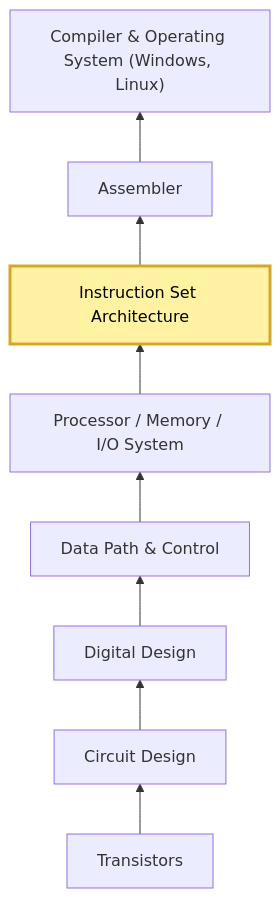
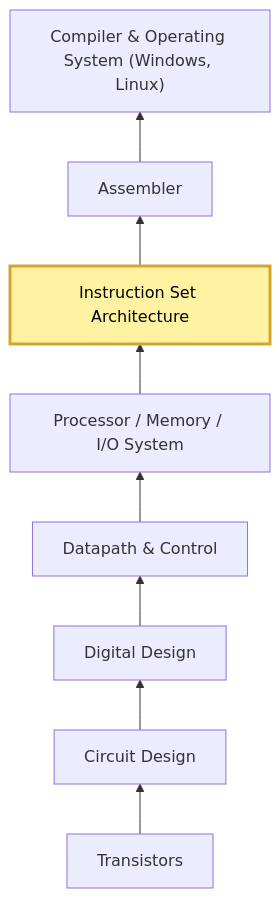
The diagram in Class Week 1 - Day 2.md (jossean-rivera/CSEN283), drawn with Mermaid before and after one commit. The commit also changed other lines of this file, not shown here.

````diff
--- a/Class Week 1 - Day 2.md
+++ b/Class Week 1 - Day 2.md
@@ -8,13 +16,13 @@
 ```mermaid
 flowchart BT
     T[Transistors] --> CD[Circuit Design]
     CD --> DD[Digital Design]
-    DD --> DPC[Data Path & Control]
+    DD --> DPC[Datapath & Control]
     DPC --> PMIO[Processor / Memory / I/O System]
     PMIO --> ISA[Instruction Set Architecture]
     ISA --> ASM[Assembler]
     ASM --> COS["Compiler & Operating System (Windows, Linux)"]
 
     classDef highlight fill:#fff3a3,stroke:#d4a72c,stroke-width:3px,color:#000;
     class ISA highlight;
 ```
````
